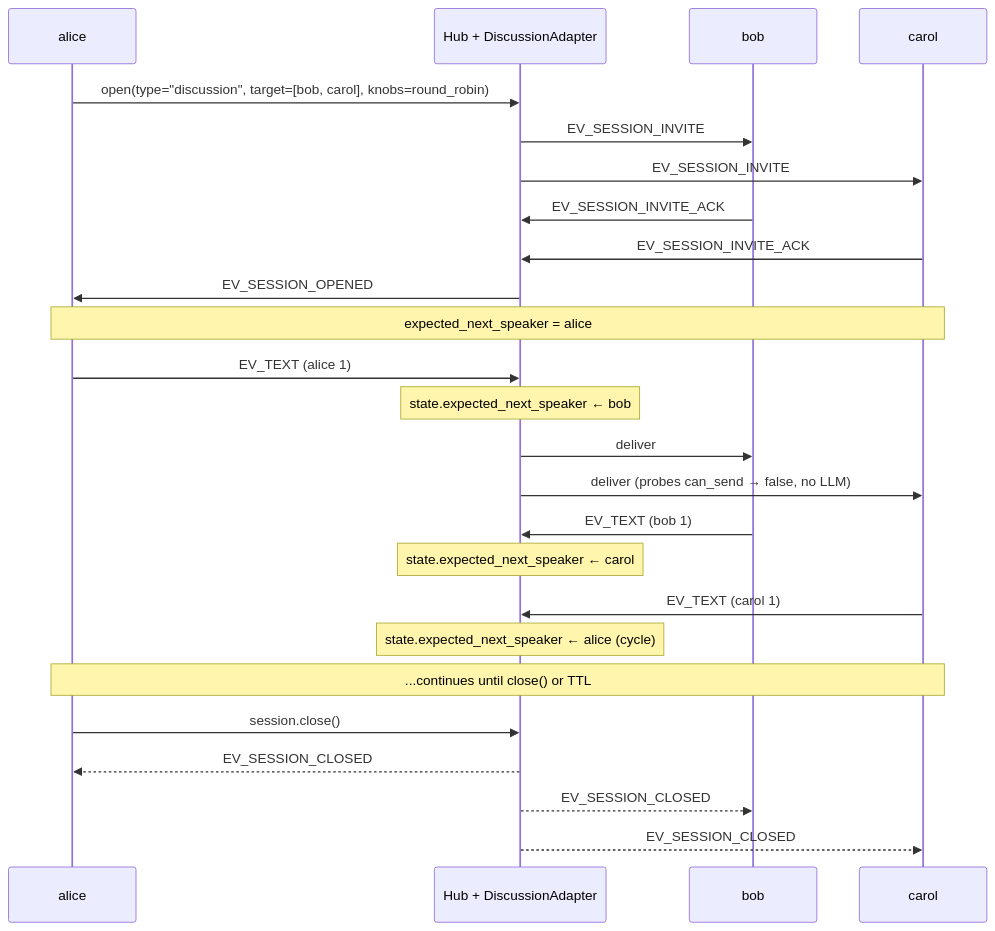
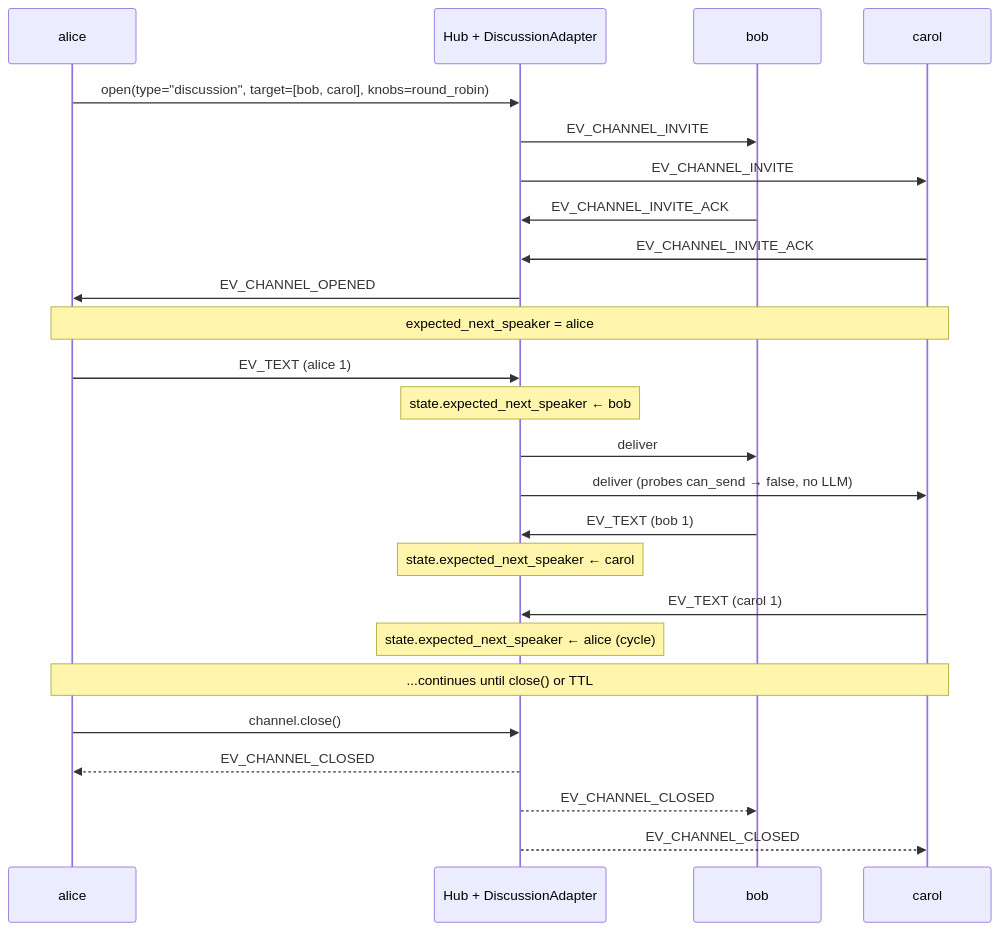
One commit to shaneholloman/ag2 changed the diagram in website/docs/beta/network/discussion.mdx. Above: the diagram before and after it, drawn with Mermaid. The commit also changed other lines of this file and 100 other files, not shown here.

````diff
--- a/website/docs/beta/network/discussion.mdx
+++ b/website/docs/beta/network/discussion.mdx
@@ -22,30 +22,30 @@
 ```mermaid
 sequenceDiagram
     participant A as alice
     participant H as Hub + DiscussionAdapter
     participant B as bob
     participant C as carol
 
     A->>H: open(type="discussion", target=[bob, carol], knobs=round_robin)
-    H->>B: EV_SESSION_INVITE
-    H->>C: EV_SESSION_INVITE
-    B->>H: EV_SESSION_INVITE_ACK
-    C->>H: EV_SESSION_INVITE_ACK
-    H->>A: EV_SESSION_OPENED
+    H->>B: EV_CHANNEL_INVITE
+    H->>C: EV_CHANNEL_INVITE
+    B->>H: EV_CHANNEL_INVITE_ACK
+    C->>H: EV_CHANNEL_INVITE_ACK
+    H->>A: EV_CHANNEL_OPENED
     Note over A,C: expected_next_speaker = alice
 
     A->>H: EV_TEXT (alice 1)
     Note over H: state.expected_next_speaker ← bob
     H->>B: deliver
     H->>C: deliver (probes can_send → false, no LLM)
     B->>H: EV_TEXT (bob 1)
     Note over H: state.expected_next_speaker ← carol
     C->>H: EV_TEXT (carol 1)
     Note over H: state.expected_next_speaker ← alice (cycle)
 
     Note over A,C: ...continues until close() or TTL
-    A->>H: session.close()
-    H-->>A: EV_SESSION_CLOSED
-    H-->>B: EV_SESSION_CLOSED
-    H-->>C: EV_SESSION_CLOSED
+    A->>H: channel.close()
+    H-->>A: EV_CHANNEL_CLOSED
+    H-->>B: EV_CHANNEL_CLOSED
+    H-->>C: EV_CHANNEL_CLOSED
 ```
````
